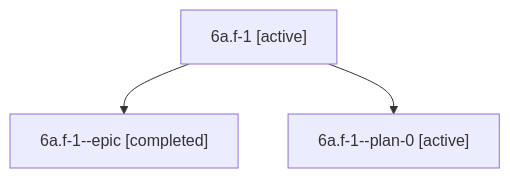
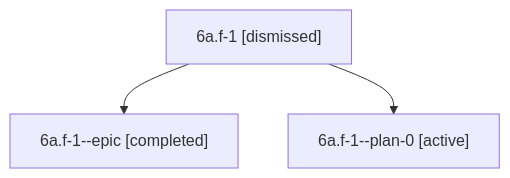
The diagram in sessions/bbugyi200.athena.6a.f-1.md (sase-org/sase--agents), drawn with Mermaid before and after one commit. The commit also changed other lines of this file and 24 other files, not shown here.

````diff
--- a/sessions/bbugyi200.athena.6a.f-1.md
+++ b/sessions/bbugyi200.athena.6a.f-1.md
@@ -9,8 +9,8 @@
 ```mermaid
 flowchart TD
-  n0["6a.f-1 [active]"]
+  n0["6a.f-1 [dismissed]"]
   n1["6a.f-1--epic [completed]"]
   n0 --> n1
   n2["6a.f-1--plan-0 [active]"]
   n0 --> n2
 ```
````
